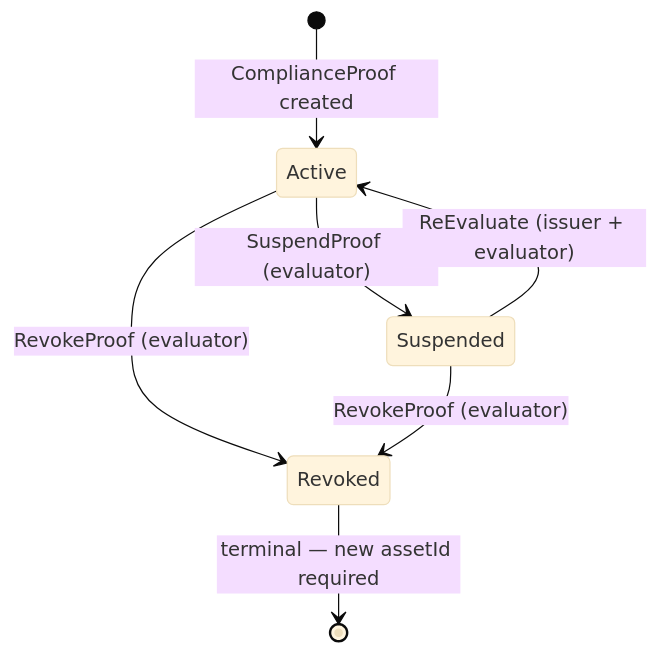
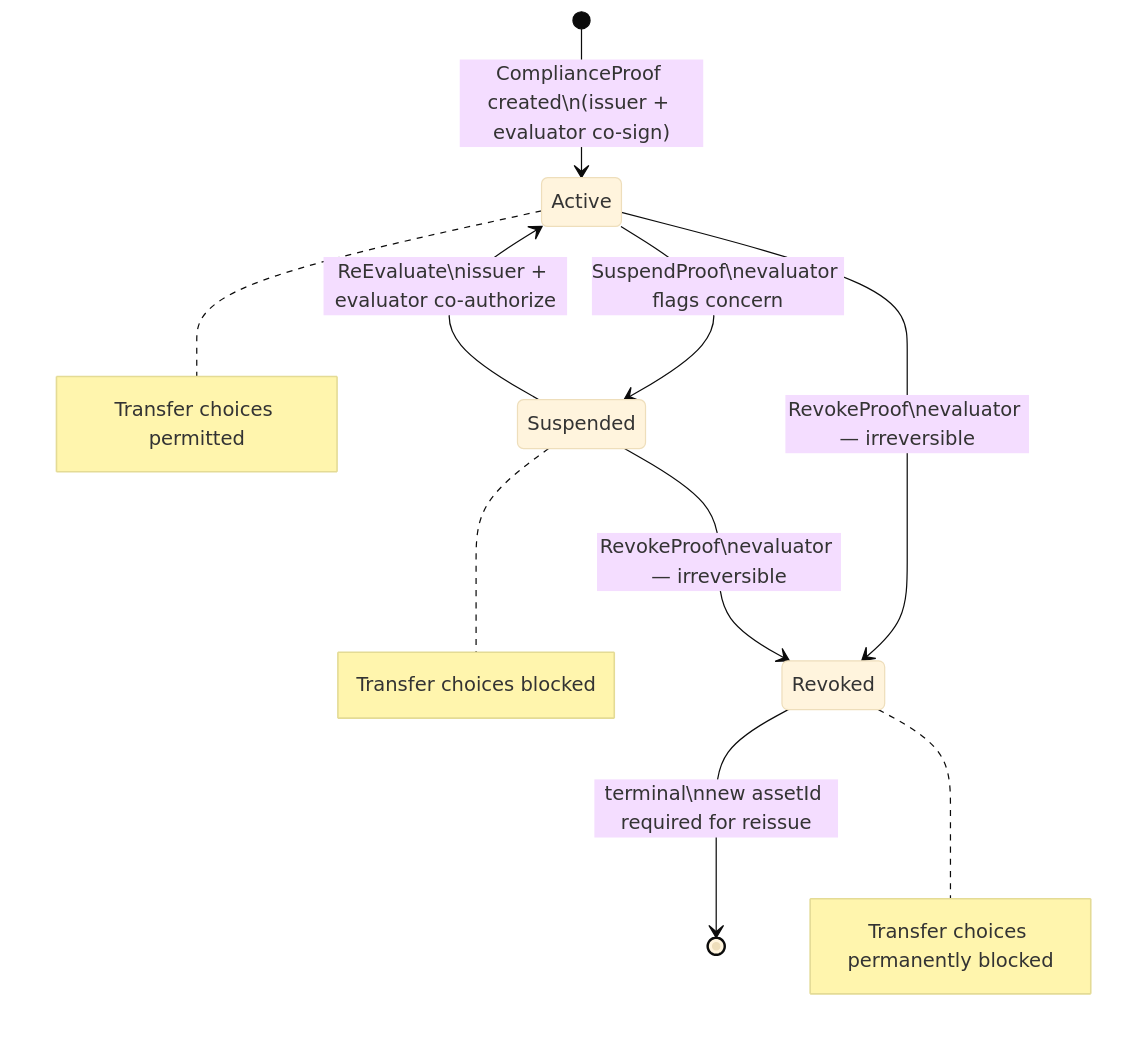
One commit to Compliledger/canton_tokenproof changed the fourth of 4 diagrams in README.md. Above: the diagram before and after it, drawn with Mermaid (base theme). The commit also changed other lines of this file and 5 other files, not shown here.

Commit message:
refactor: clean README, architecture diagrams, backend code quality

````diff
--- a/README.md
+++ b/README.md
@@ -72,9 +93,12 @@
 ```mermaid
 stateDiagram-v2
-    [*] --> Active : ComplianceProof created
-    Active --> Suspended : SuspendProof (evaluator)
-    Suspended --> Active : ReEvaluate (issuer + evaluator)
-    Active --> Revoked : RevokeProof (evaluator)
-    Suspended --> Revoked : RevokeProof (evaluator)
-    Revoked --> [*] : terminal — new assetId required
+    [*] --> Active : ComplianceProof created\n(issuer + evaluator co-sign)
+    Active --> Suspended : SuspendProof\nevaluator flags concern
+    Suspended --> Active : ReEvaluate\nissuer + evaluator co-authorize
+    Active --> Revoked : RevokeProof\nevaluator — irreversible
+    Suspended --> Revoked : RevokeProof\nevaluator — irreversible
+    Revoked --> [*] : terminal\nnew assetId required for reissue
+    note right of Active : Transfer choices permitted
+    note right of Suspended : Transfer choices blocked
+    note right of Revoked : Transfer choices permanently blocked
 ```
````
